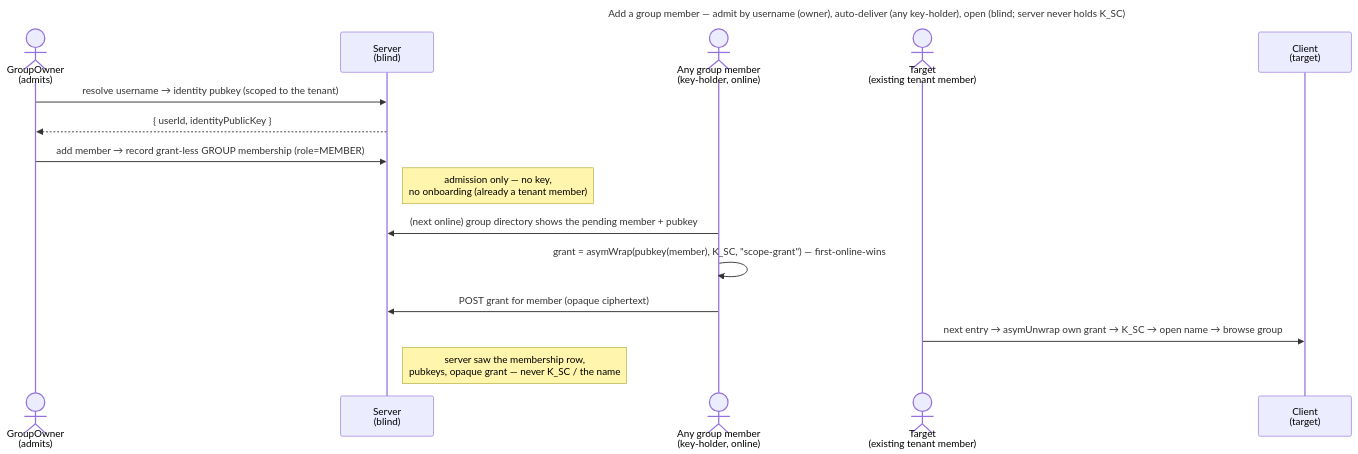
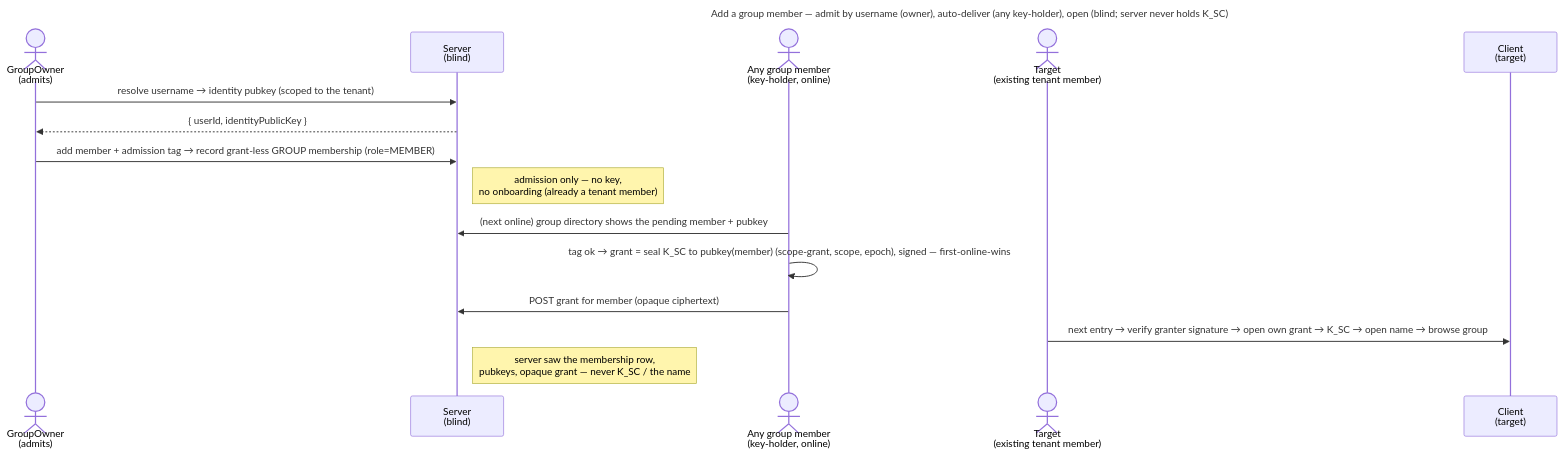
The diagram in docs/features/spaces/use-cases/uc.spaces.add-group-member.md (raddatzk/veyq), drawn with Mermaid before and after one commit. The commit also changed other lines of this file and 32 other files, not shown here.

First line of the commit message:
docs: a seal binds its object; admission is a key-holder act; cold credentials prove the Secret Key

````diff
--- a/docs/features/spaces/use-cases/uc.spaces.add-group-member.md
+++ b/docs/features/spaces/use-cases/uc.spaces.add-group-member.md
@@ -50,20 +56,20 @@
 ```mermaid
 ---
 title: Add a group member — admit by username (owner), auto-deliver (any key-holder), open (blind; server never holds K_SC)
 ---
 sequenceDiagram
   actor O as GroupOwner<br>(admits)
   participant S as Server<br>(blind)
   actor M as Any group member<br>(key-holder, online)
   actor T as Target<br>(existing tenant member)
   participant CT as Client<br>(target)
   O->>S: resolve username → identity pubkey (scoped to the tenant)
   S-->>O: { userId, identityPublicKey }
-  O->>S: add member → record grant-less GROUP membership (role=MEMBER)
+  O->>S: add member + admission tag → record grant-less GROUP membership (role=MEMBER)
   Note right of S: admission only — no key,<br>no onboarding (already a tenant member)
   M->>S: (next online) group directory shows the pending member + pubkey
-  M->>M: grant = asymWrap(pubkey(member), K_SC, "scope-grant")  — first-online-wins
+  M->>M: tag ok → grant = seal K_SC to pubkey(member) (scope-grant, scope, epoch), signed — first-online-wins
   M->>S: POST grant for member (opaque ciphertext)
-  T->>CT: next entry → asymUnwrap own grant → K_SC → open name → browse group
+  T->>CT: next entry → verify granter signature → open own grant → K_SC → open name → browse group
   Note right of S: server saw the membership row,<br>pubkeys, opaque grant — never K_SC / the name
 ```
````
